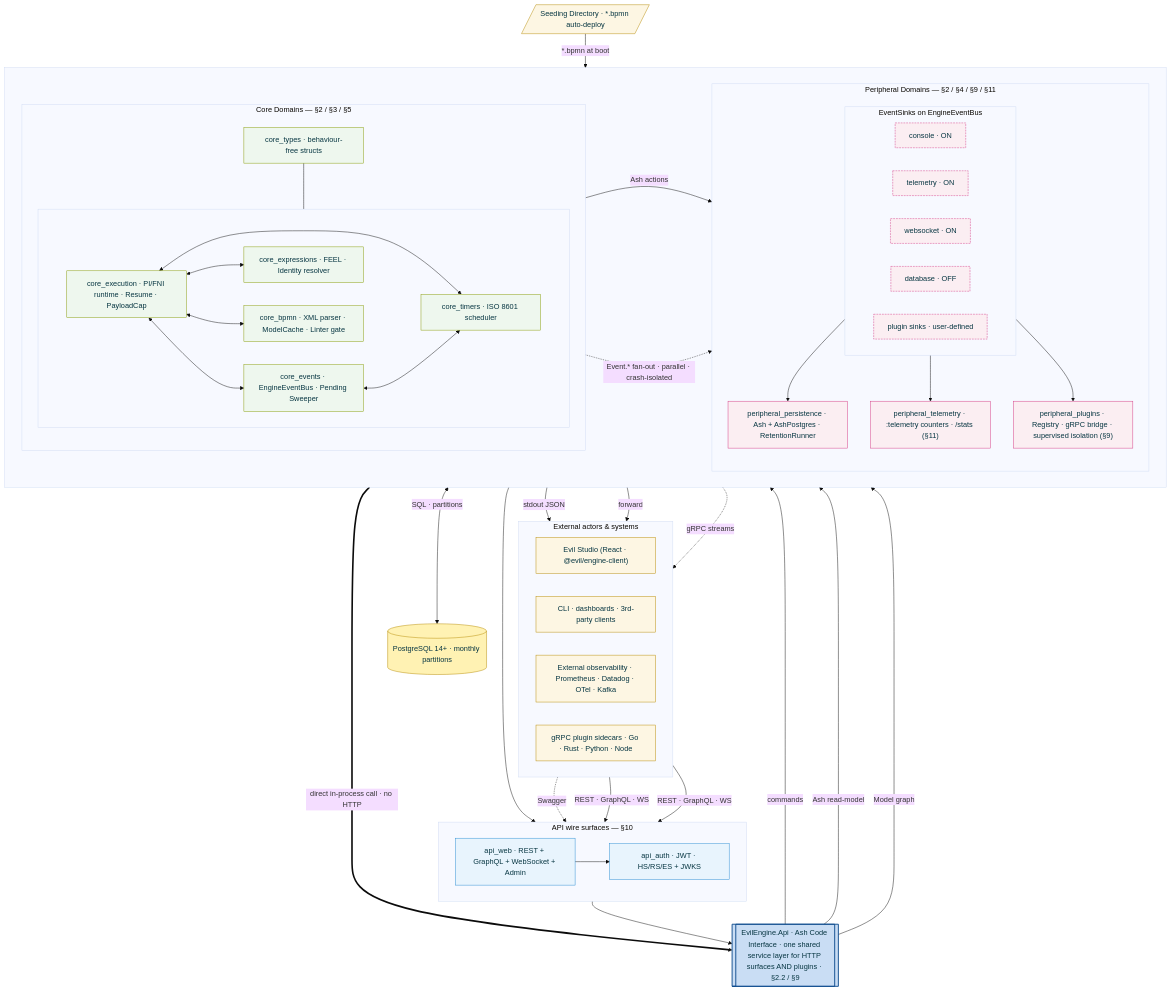
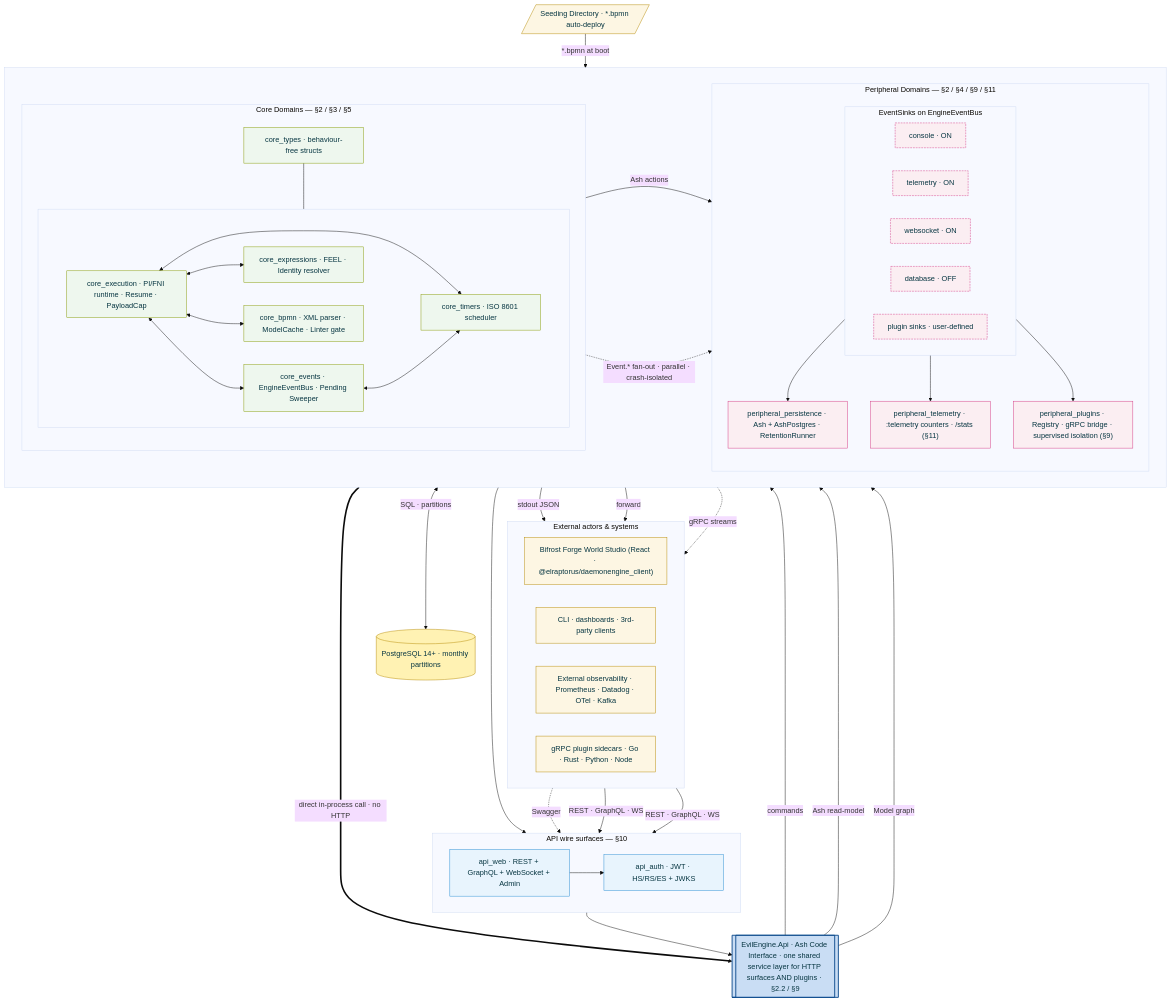
Before and after one commit to ElRaptorus/BFW-Engine: the diagram in docs/Architecture.md, drawn with Mermaid (base theme). The commit also changed other lines of this file and 42 other files, not shown here.

Commit message:
feat(graphql): Expose process models for PI queries

```diff
--- a/docs/Architecture.md
+++ b/docs/Architecture.md
@@ -31,7 +31,7 @@
   %% ============ Row 1: External actors (top) ============
   subgraph EXT["External actors & systems"]
     direction LR
-    Studio["Evil Studio (React · @evil/engine-client)"]
+    Studio["Bifrost Forge World Studio (React · @elraptorus/daemonengine_client)"]
     OtherClients["CLI · dashboards · 3rd-party clients"]
     Obs["External observability · Prometheus · Datadog · OTel · Kafka"]
     Sidecars["gRPC plugin sidecars · Go · Rust · Python · Node"]
```
